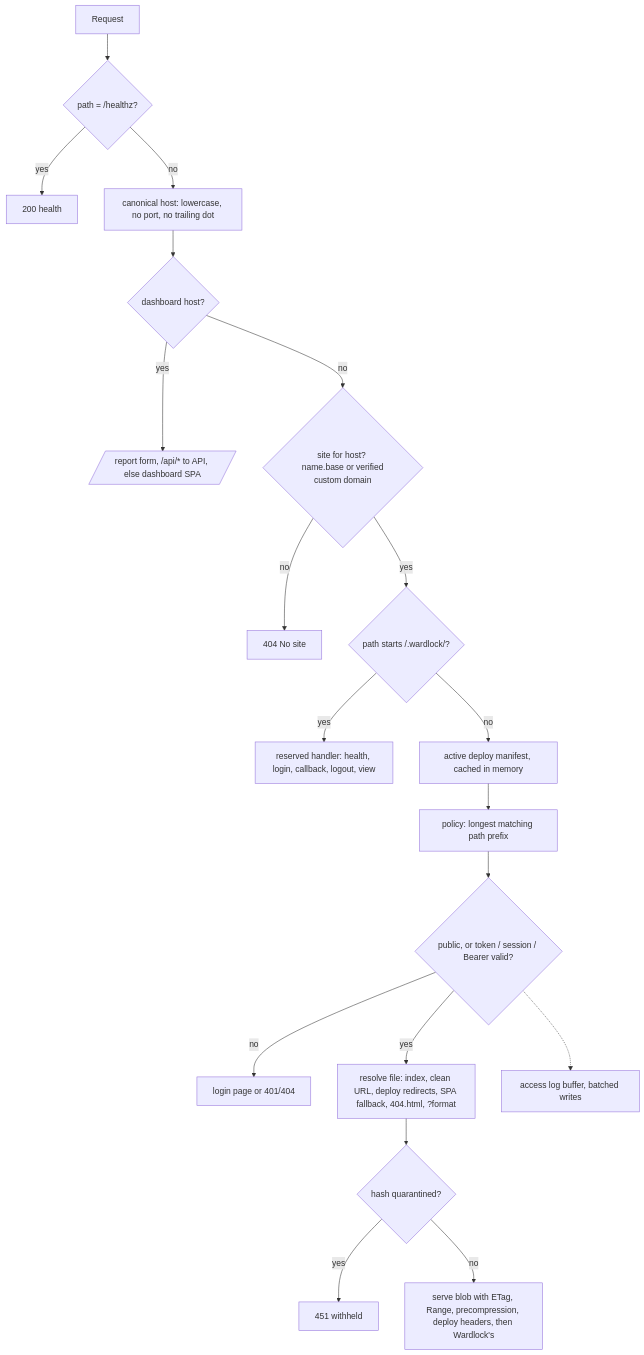
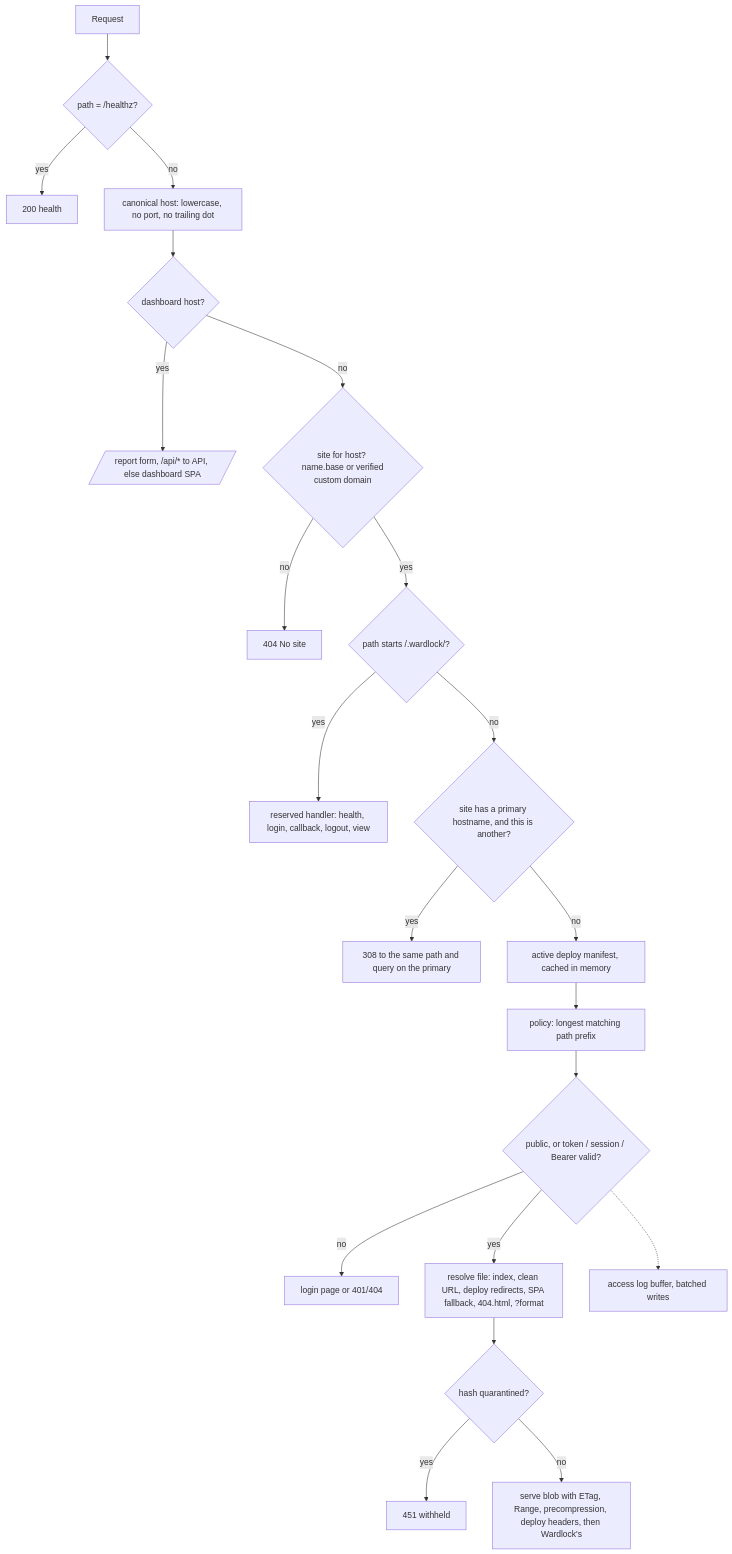
One commit to CubieCode/wardlock changed the second of 8 diagrams in docs/ARCHITECTURE.md. Above: the diagram before and after it, drawn with Mermaid. The commit also changed other lines of this file and 37 other files, not shown here.

First line of the commit message:
C1.18: Primary hostname (#181)

````diff
--- a/docs/ARCHITECTURE.md
+++ b/docs/ARCHITECTURE.md
@@ -120,21 +121,23 @@
 ```mermaid
 flowchart TD
   R[Request] --> H{path = /healthz?}
   H -->|yes| OK[200 health]
   H -->|no| N[canonical host: lowercase, no port, no trailing dot]
   N --> DH{dashboard host?}
   DH -->|yes| DASH[/report form, /api/* to API, else dashboard SPA/]
   DH -->|no| S{site for host? <br/> name.base or verified custom domain}
   S -->|no| NF[404 No site]
   S -->|yes| RES{path starts /.wardlock/?}
   RES -->|yes| RP[reserved handler: health, login, callback, logout, view]
-  RES -->|no| AD[active deploy manifest, cached in memory]
+  RES -->|no| PH{site has a primary hostname, and this is another?}
+  PH -->|yes| PR[308 to the same path and query on the primary]
+  PH -->|no| AD[active deploy manifest, cached in memory]
   AD --> P[policy: longest matching path prefix]
   P --> CHK{public, or token / session / Bearer valid?}
   CHK -->|no| LG[login page or 401/404]
   CHK -->|yes| F[resolve file: index, clean URL, deploy redirects, SPA fallback, 404.html, ?format]
   F --> W{hash quarantined?}
   W -->|yes| WH[451 withheld]
   W -->|no| OUT[serve blob with ETag, Range, precompression, deploy headers, then Wardlock's]
   CHK -.-> LOG[access log buffer, batched writes]
 ```
````
